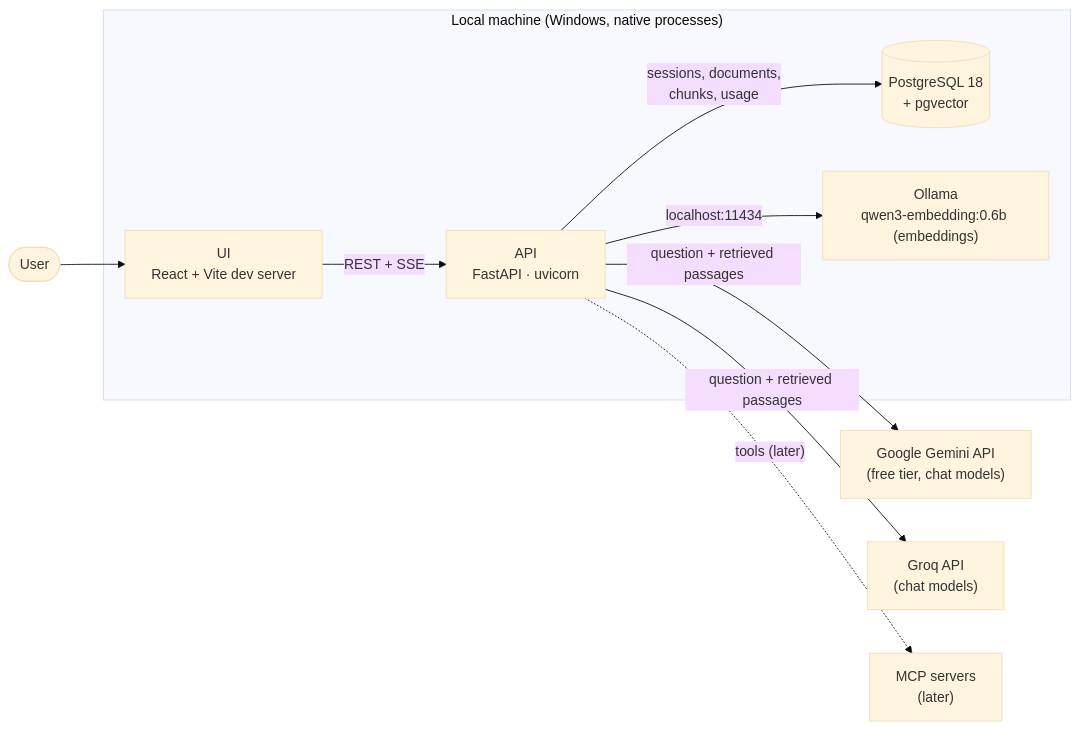
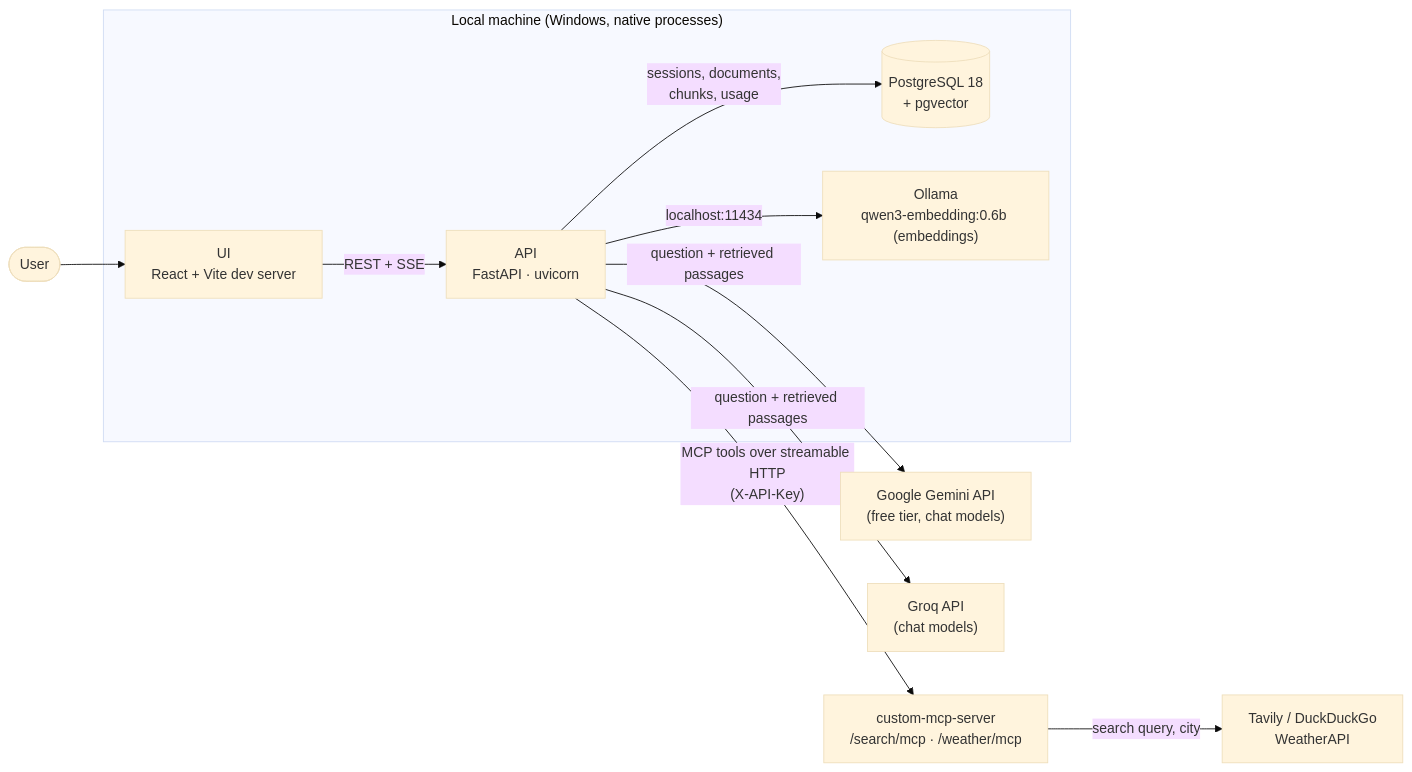
Before and after one commit to reddybharat/sidekick: the first of 6 diagrams in docs/ARCHITECTURE.md, drawn with Mermaid (base theme). The commit also changed other lines of this file and 32 other files, not shown here.

First line of the commit message:
Add web search and weather via MCP tools; strict, cited answers

````diff
--- a/docs/ARCHITECTURE.md
+++ b/docs/ARCHITECTURE.md
@@ -17,24 +17,26 @@
 ```mermaid
 flowchart LR
     user([User])
 
     subgraph Host["Local machine (Windows, native processes)"]
         ui["UI<br/>React + Vite dev server"]
         api["API<br/>FastAPI · uvicorn"]
         db[("PostgreSQL 18<br/>+ pgvector")]
         ollama["Ollama<br/>qwen3-embedding:0.6b (embeddings)"]
     end
 
     gemini["Google Gemini API<br/>(free tier, chat models)"]
     groq["Groq API<br/>(chat models)"]
 
-    mcp["MCP servers<br/>(later)"]
+    mcp["custom-mcp-server<br/>/search/mcp · /weather/mcp"]
+    web["Tavily / DuckDuckGo<br/>WeatherAPI"]
 
     user --> ui
     ui -- "REST + SSE" --> api
     api -- "sessions, documents,<br/>chunks, usage" --> db
     api -- "localhost:11434" --> ollama
     api -- "question + retrieved passages" --> gemini
     api -- "question + retrieved passages" --> groq
-    api -. "tools (later)" .-> mcp
+    api -- "MCP tools over streamable HTTP<br/>(X-API-Key)" --> mcp
+    mcp -- "search query, city" --> web
 ```
````
